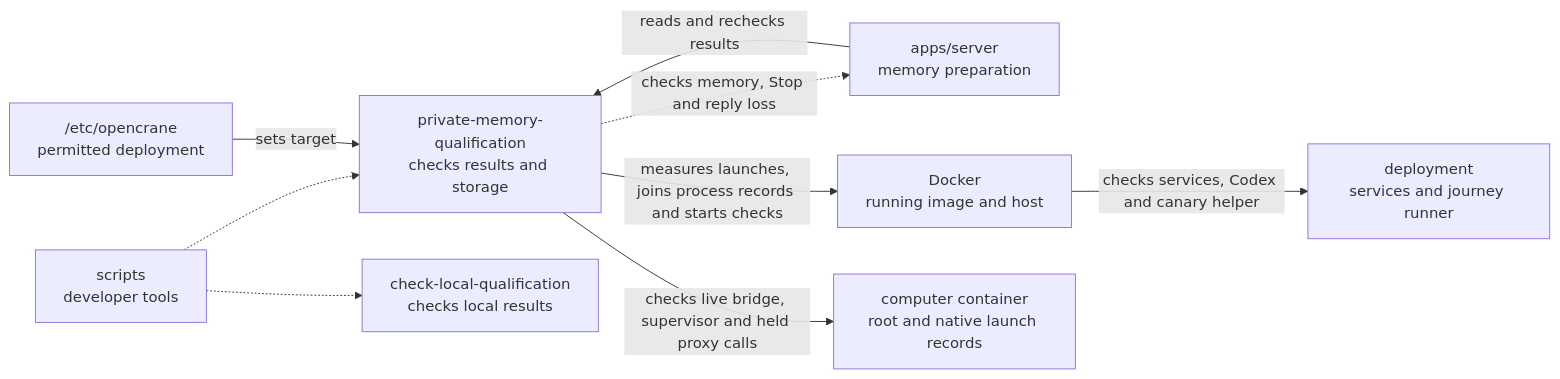
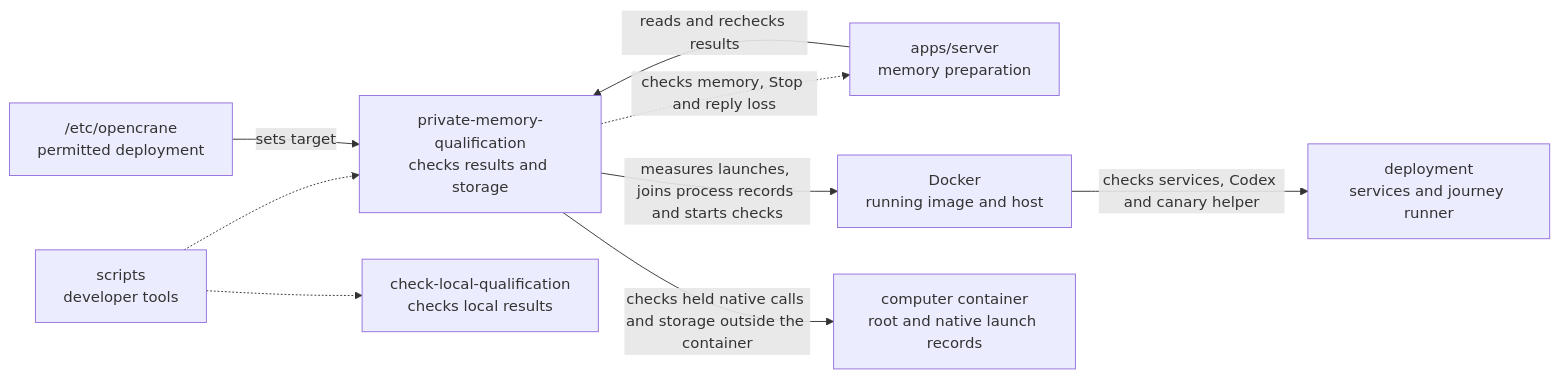
The diagram in scripts/private-memory-qualification/README.md (elewa-git/opencrane-new), drawn with Mermaid before and after one commit. The commit also changed other lines of this file and 16 other files, not shown here.

````diff
--- a/scripts/private-memory-qualification/README.md
+++ b/scripts/private-memory-qualification/README.md
@@ -19,11 +19,11 @@
 ```mermaid
 flowchart LR
   scripts["scripts<br/>developer tools"] -.-> collector["private-memory-qualification<br/>checks results and storage"]
   scripts -.-> sibling["check-local-qualification<br/>checks local results"]
   server["apps/server<br/>memory preparation"] -->|reads and rechecks results| collector
   collector -.->|checks memory, Stop and reply loss| server
   config["/etc/opencrane<br/>permitted deployment"] -->|sets target| collector
   collector -->|measures launches, joins process records and starts checks| docker["Docker<br/>running image and host"]
   docker -->|checks services, Codex and canary helper| deployment["deployment<br/>services and journey runner"]
-  collector -->|checks live bridge, supervisor and held proxy calls| computer["computer container<br/>root and native launch records"]
+  collector -->|checks held native calls and storage outside the container| computer["computer container<br/>root and native launch records"]
 ```
````
